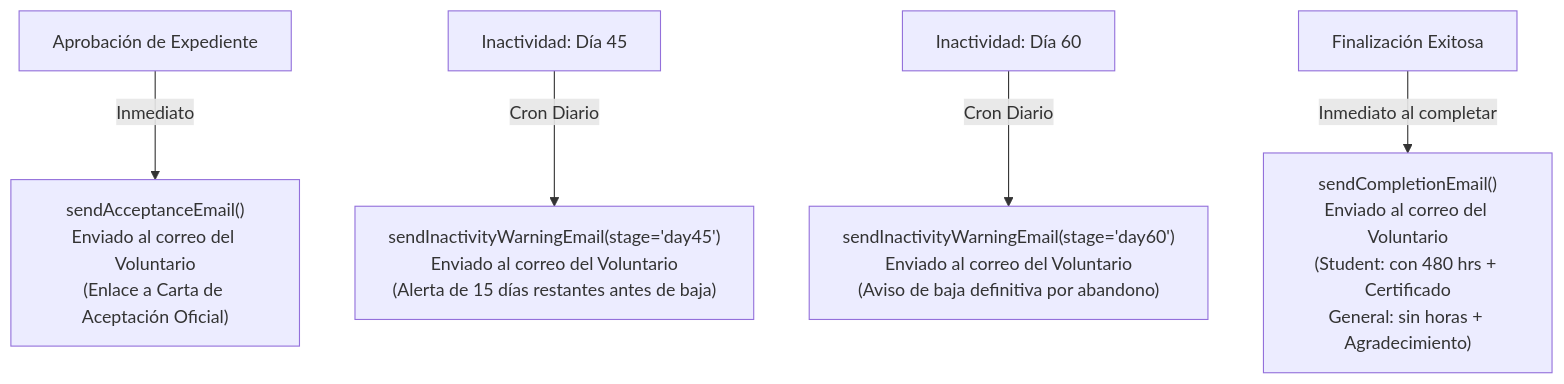
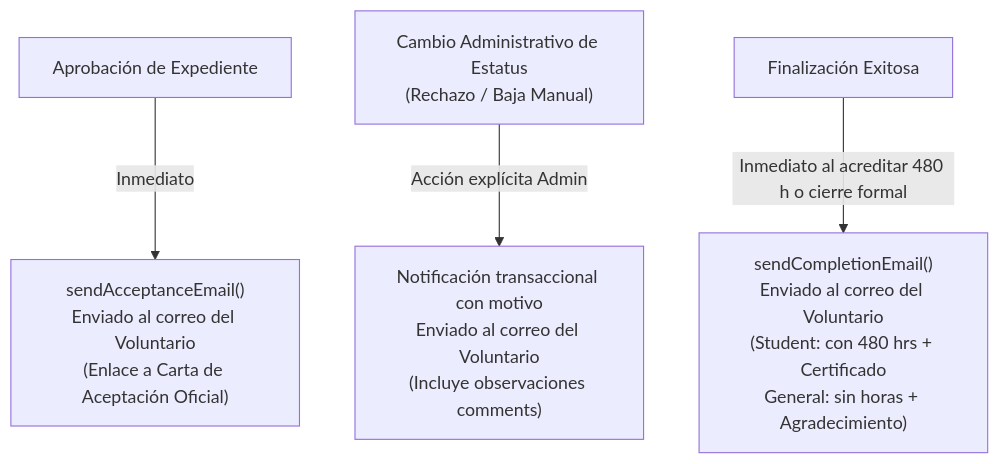
Before and after one commit to proyecto-web-abaq/documentation: diagram 14 of 14 in docs/technical/ciclo-vida-voluntarios-deshidratacion-design.md, drawn with Mermaid. The commit also changed other lines of this file and 4 other files, not shown here.

Commit message:
docs(technical): document dynamic backup registry, 4-step cutoff flow, and immediate inactive eligibility without background cron

````diff
--- a/docs/technical/ciclo-vida-voluntarios-deshidratacion-design.md
+++ b/docs/technical/ciclo-vida-voluntarios-deshidratacion-design.md
@@ -2344,7 +2369,6 @@
 ```mermaid
 flowchart TD
     E1["Aprobación de Expediente"] -->|Inmediato| M1["sendAcceptanceEmail()\nEnviado al correo del Voluntario\n(Enlace a Carta de Aceptación Oficial)"]
-    E2["Inactividad: Día 45"] -->|Cron Diario| M2["sendInactivityWarningEmail(stage='day45')\nEnviado al correo del Voluntario\n(Alerta de 15 días restantes antes de baja)"]
-    E3["Inactividad: Día 60"] -->|Cron Diario| M3["sendInactivityWarningEmail(stage='day60')\nEnviado al correo del Voluntario\n(Aviso de baja definitiva por abandono)"]
-    E4["Finalización Exitosa"] -->|Inmediato al completar| M4["sendCompletionEmail()\nEnviado al correo del Voluntario\n(Student: con 480 hrs + Certificado\nGeneral: sin horas + Agradecimiento)"]
+    E2["Cambio Administrativo de Estatus\n(Rechazo / Baja Manual)"] -->|Acción explícita Admin| M2["Notificación transaccional con motivo\nEnviado al correo del Voluntario\n(Incluye observaciones comments)"]
+    E4["Finalización Exitosa"] -->|Inmediato al acreditar 480 h o cierre formal| M4["sendCompletionEmail()\nEnviado al correo del Voluntario\n(Student: con 480 hrs + Certificado\nGeneral: sin horas + Agradecimiento)"]
 ```
````
